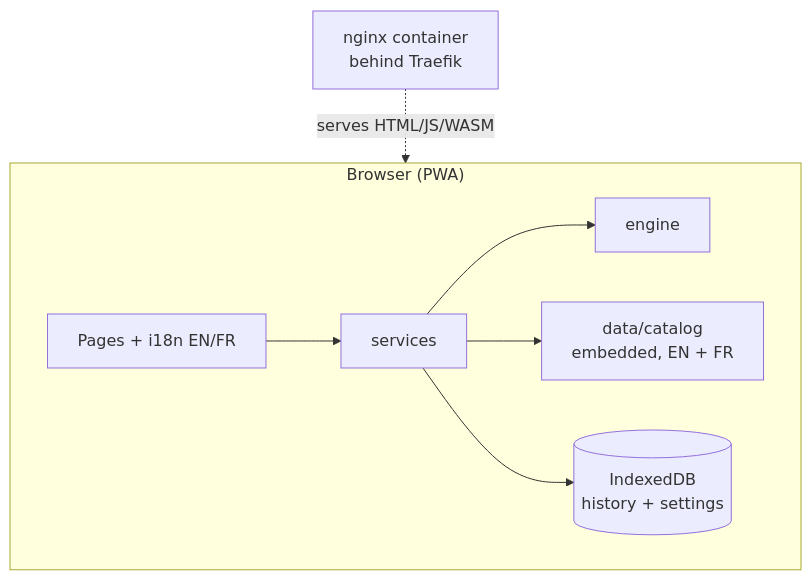
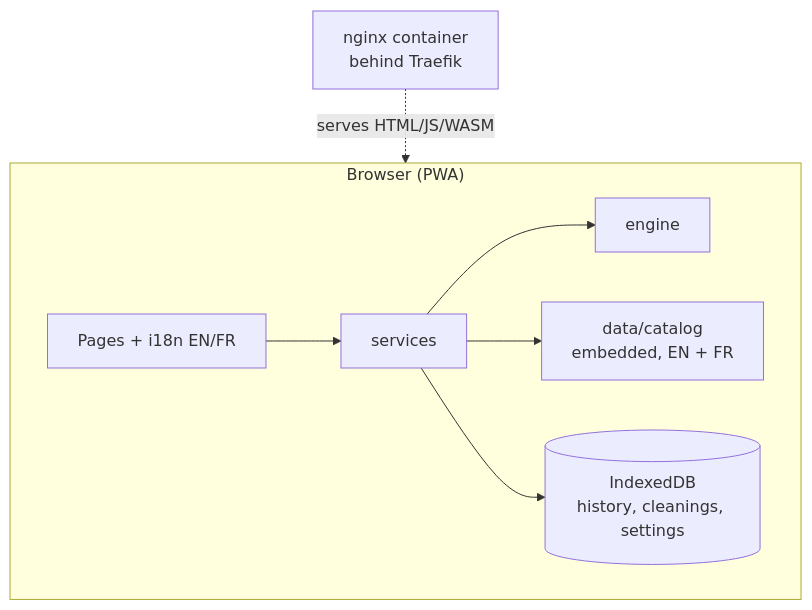
Before and after one commit to rodolphe37/ai-inspector: the diagram in docs/ARCHITECTURE.md, drawn with Mermaid. The commit also changed other lines of this file and 16 other files, not shown here.

````diff
--- a/docs/ARCHITECTURE.md
+++ b/docs/ARCHITECTURE.md
@@ -11,10 +13,10 @@
 ```mermaid
 flowchart TB
     subgraph Browser["Browser (PWA)"]
         UI[Pages + i18n EN/FR] --> S[services]
         S --> E[engine]
         S --> K[data/catalog<br/>embedded, EN + FR]
-        S --> DB[(IndexedDB<br/>history + settings)]
+        S --> DB[(IndexedDB<br/>history, cleanings, settings)]
     end
     Host[nginx container<br/>behind Traefik] -. serves HTML/JS/WASM .-> Browser
 ```
````
